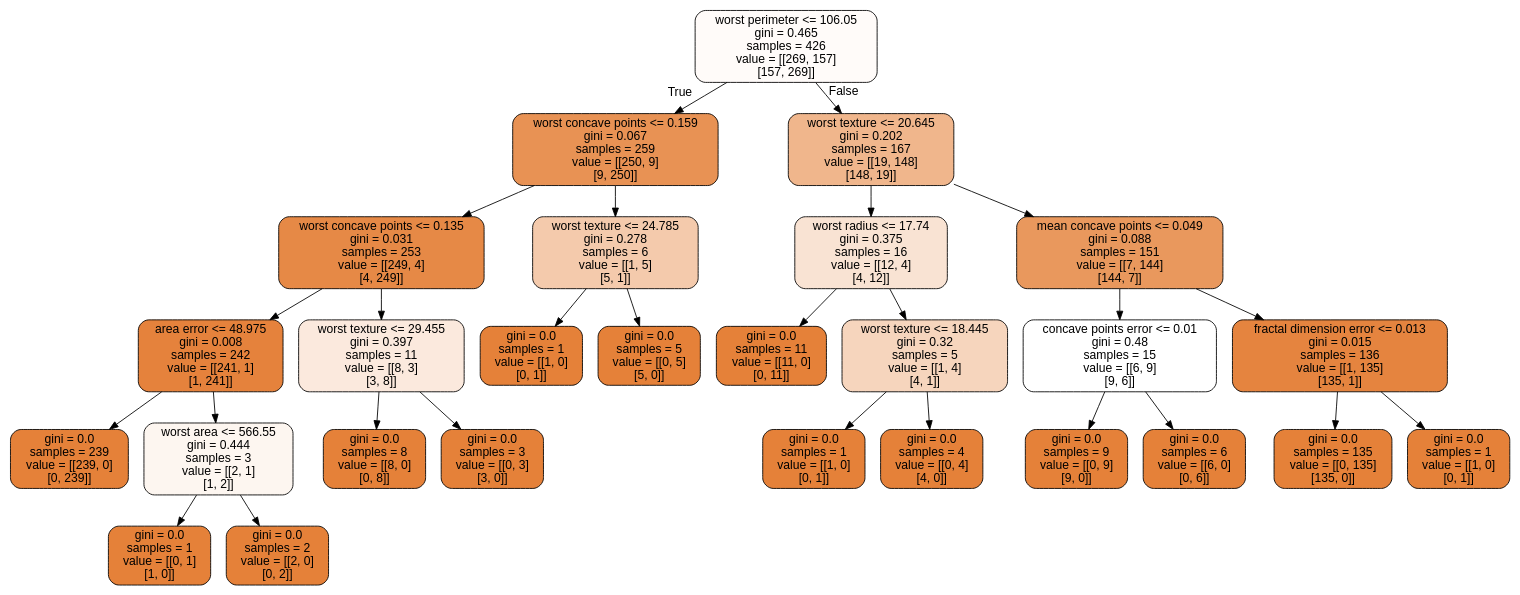
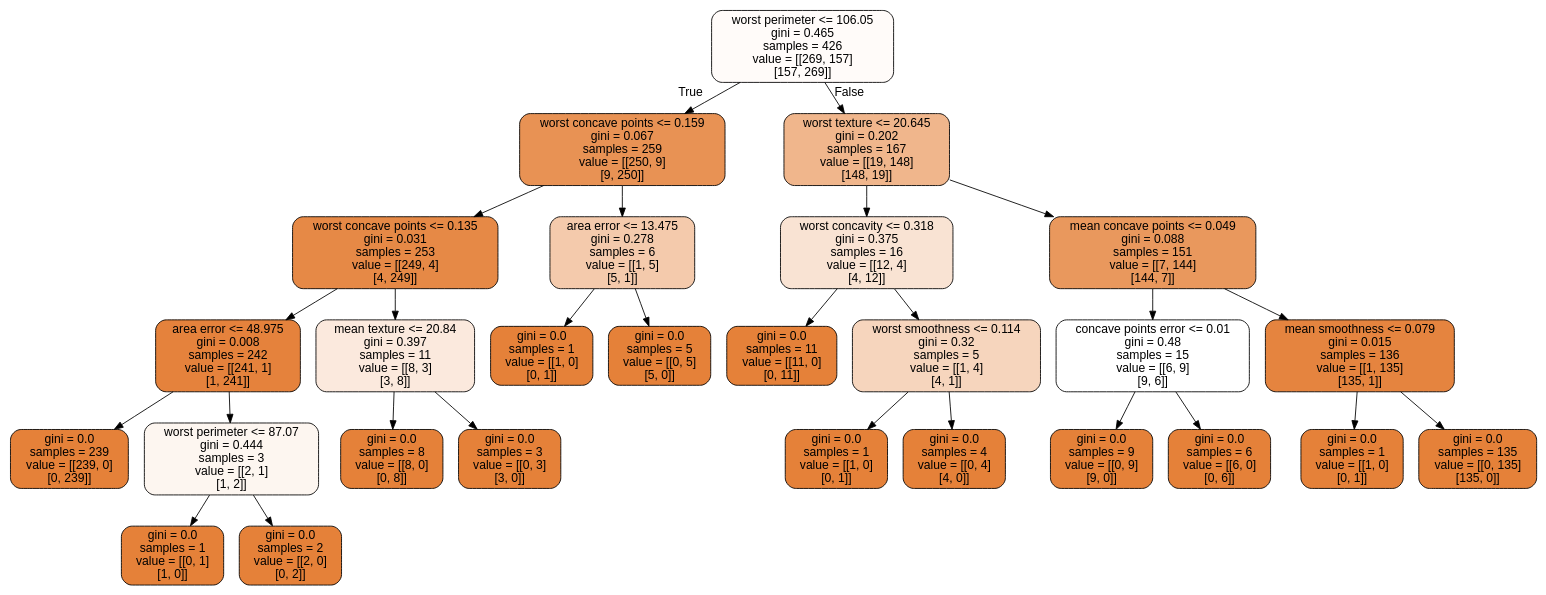
Before and after one commit to CompPhysics/MachineLearning: the diagram in doc/pub/DecisionTrees/ipynb/DataFiles/cancer.dot, drawn with Graphviz. The commit also changed 48 other files, not shown here.

```diff
--- a/doc/pub/DecisionTrees/ipynb/DataFiles/cancer.dot
+++ b/doc/pub/DecisionTrees/ipynb/DataFiles/cancer.dot
@@ -1,57 +1,57 @@
 digraph Tree {
 node [shape=box, style="filled, rounded", color="black", fontname=helvetica] ;
 edge [fontname=helvetica] ;
 0 [label="worst perimeter <= 106.05\ngini = 0.465\nsamples = 426\nvalue = [[269, 157]\n[157, 269]]", fillcolor="#e5813908"] ;
 1 [label="worst concave points <= 0.159\ngini = 0.067\nsamples = 259\nvalue = [[250, 9]\n[9, 250]]", fillcolor="#e58139db"] ;
 0 -> 1 [labeldistance=2.5, labelangle=45, headlabel="True"] ;
 2 [label="worst concave points <= 0.135\ngini = 0.031\nsamples = 253\nvalue = [[249, 4]\n[4, 249]]", fillcolor="#e58139ee"] ;
 1 -> 2 ;
 3 [label="area error <= 48.975\ngini = 0.008\nsamples = 242\nvalue = [[241, 1]\n[1, 241]]", fillcolor="#e58139fb"] ;
 2 -> 3 ;
 4 [label="gini = 0.0\nsamples = 239\nvalue = [[239, 0]\n[0, 239]]", fillcolor="#e58139ff"] ;
 3 -> 4 ;
-5 [label="worst area <= 566.55\ngini = 0.444\nsamples = 3\nvalue = [[2, 1]\n[1, 2]]", fillcolor="#e5813913"] ;
+5 [label="worst perimeter <= 87.07\ngini = 0.444\nsamples = 3\nvalue = [[2, 1]\n[1, 2]]", fillcolor="#e5813913"] ;
 3 -> 5 ;
 6 [label="gini = 0.0\nsamples = 1\nvalue = [[0, 1]\n[1, 0]]", fillcolor="#e58139ff"] ;
 5 -> 6 ;
 7 [label="gini = 0.0\nsamples = 2\nvalue = [[2, 0]\n[0, 2]]", fillcolor="#e58139ff"] ;
 5 -> 7 ;
-8 [label="worst texture <= 29.455\ngini = 0.397\nsamples = 11\nvalue = [[8, 3]\n[3, 8]]", fillcolor="#e581392c"] ;
+8 [label="mean texture <= 20.84\ngini = 0.397\nsamples = 11\nvalue = [[8, 3]\n[3, 8]]", fillcolor="#e581392c"] ;
 2 -> 8 ;
 9 [label="gini = 0.0\nsamples = 8\nvalue = [[8, 0]\n[0, 8]]", fillcolor="#e58139ff"] ;
 8 -> 9 ;
 10 [label="gini = 0.0\nsamples = 3\nvalue = [[0, 3]\n[3, 0]]", fillcolor="#e58139ff"] ;
 8 -> 10 ;
-11 [label="worst texture <= 24.785\ngini = 0.278\nsamples = 6\nvalue = [[1, 5]\n[5, 1]]", fillcolor="#e581396b"] ;
+11 [label="area error <= 13.475\ngini = 0.278\nsamples = 6\nvalue = [[1, 5]\n[5, 1]]", fillcolor="#e581396b"] ;
 1 -> 11 ;
 12 [label="gini = 0.0\nsamples = 1\nvalue = [[1, 0]\n[0, 1]]", fillcolor="#e58139ff"] ;
 11 -> 12 ;
 13 [label="gini = 0.0\nsamples = 5\nvalue = [[0, 5]\n[5, 0]]", fillcolor="#e58139ff"] ;
 11 -> 13 ;
 14 [label="worst texture <= 20.645\ngini = 0.202\nsamples = 167\nvalue = [[19, 148]\n[148, 19]]", fillcolor="#e5813994"] ;
 0 -> 14 [labeldistance=2.5, labelangle=-45, headlabel="False"] ;
-15 [label="worst radius <= 17.74\ngini = 0.375\nsamples = 16\nvalue = [[12, 4]\n[4, 12]]", fillcolor="#e5813938"] ;
+15 [label="worst concavity <= 0.318\ngini = 0.375\nsamples = 16\nvalue = [[12, 4]\n[4, 12]]", fillcolor="#e5813938"] ;
 14 -> 15 ;
 16 [label="gini = 0.0\nsamples = 11\nvalue = [[11, 0]\n[0, 11]]", fillcolor="#e58139ff"] ;
 15 -> 16 ;
-17 [label="worst texture <= 18.445\ngini = 0.32\nsamples = 5\nvalue = [[1, 4]\n[4, 1]]", fillcolor="#e5813955"] ;
+17 [label="worst smoothness <= 0.114\ngini = 0.32\nsamples = 5\nvalue = [[1, 4]\n[4, 1]]", fillcolor="#e5813955"] ;
 15 -> 17 ;
 18 [label="gini = 0.0\nsamples = 1\nvalue = [[1, 0]\n[0, 1]]", fillcolor="#e58139ff"] ;
 17 -> 18 ;
 19 [label="gini = 0.0\nsamples = 4\nvalue = [[0, 4]\n[4, 0]]", fillcolor="#e58139ff"] ;
 17 -> 19 ;
 20 [label="mean concave points <= 0.049\ngini = 0.088\nsamples = 151\nvalue = [[7, 144]\n[144, 7]]", fillcolor="#e58139d0"] ;
 14 -> 20 ;
 21 [label="concave points error <= 0.01\ngini = 0.48\nsamples = 15\nvalue = [[6, 9]\n[9, 6]]", fillcolor="#e5813900"] ;
 20 -> 21 ;
 22 [label="gini = 0.0\nsamples = 9\nvalue = [[0, 9]\n[9, 0]]", fillcolor="#e58139ff"] ;
 21 -> 22 ;
 23 [label="gini = 0.0\nsamples = 6\nvalue = [[6, 0]\n[0, 6]]", fillcolor="#e58139ff"] ;
 21 -> 23 ;
-24 [label="fractal dimension error <= 0.013\ngini = 0.015\nsamples = 136\nvalue = [[1, 135]\n[135, 1]]", fillcolor="#e58139f7"] ;
+24 [label="mean smoothness <= 0.079\ngini = 0.015\nsamples = 136\nvalue = [[1, 135]\n[135, 1]]", fillcolor="#e58139f7"] ;
 20 -> 24 ;
-25 [label="gini = 0.0\nsamples = 135\nvalue = [[0, 135]\n[135, 0]]", fillcolor="#e58139ff"] ;
+25 [label="gini = 0.0\nsamples = 1\nvalue = [[1, 0]\n[0, 1]]", fillcolor="#e58139ff"] ;
 24 -> 25 ;
-26 [label="gini = 0.0\nsamples = 1\nvalue = [[1, 0]\n[0, 1]]", fillcolor="#e58139ff"] ;
+26 [label="gini = 0.0\nsamples = 135\nvalue = [[0, 135]\n[135, 0]]", fillcolor="#e58139ff"] ;
 24 -> 26 ;
 }
```
